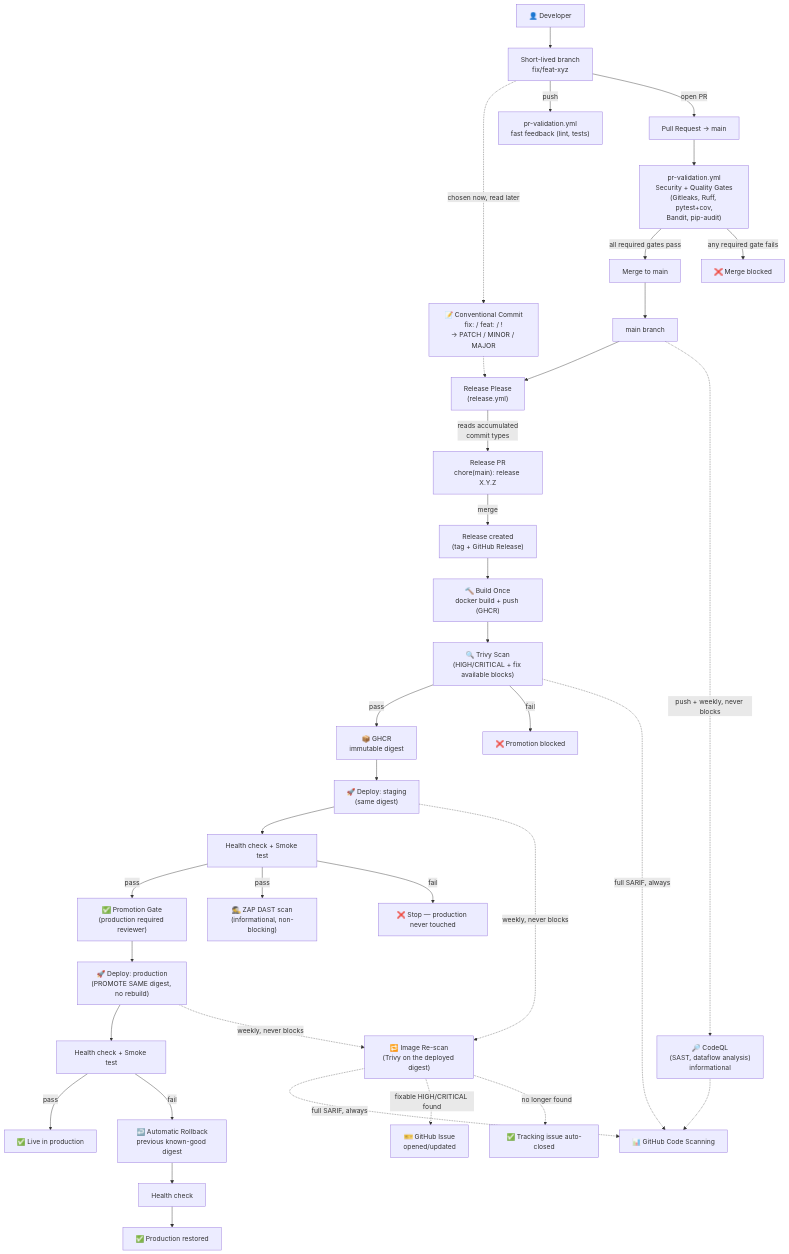
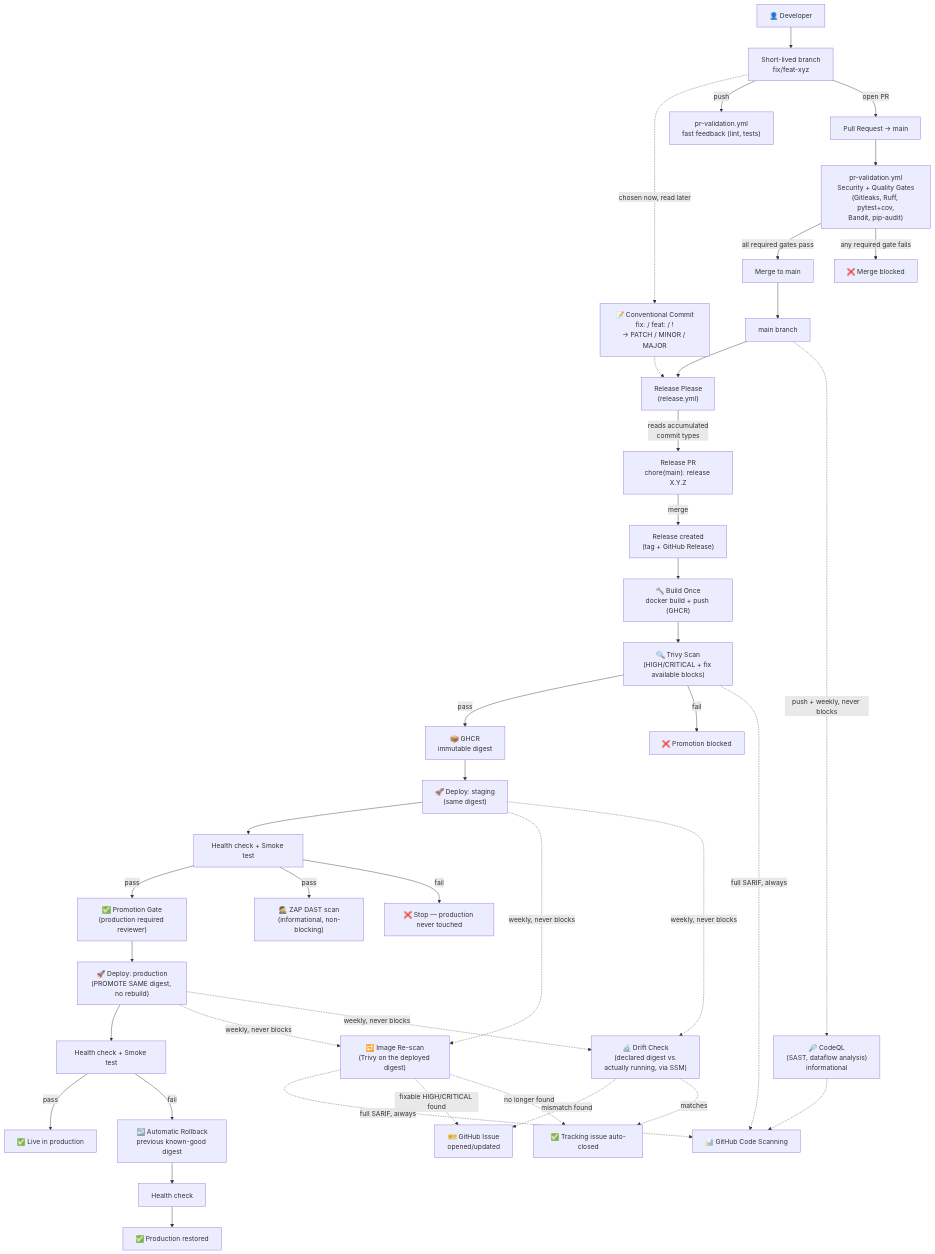
The diagram in docs/diagrams/pipeline.mmd (eazysec/cicd-devsecops-demo), drawn with Mermaid before and after one commit. The commit also changed 6 other files, not shown here.

```diff
--- a/docs/diagrams/pipeline.mmd
+++ b/docs/diagrams/pipeline.mmd
@@ -1,38 +1,43 @@
 flowchart TD
     Dev["👤 Developer"] --> Branch["Short-lived branch\nfix/feat-xyz"]
     Branch -.->|chosen now, read later| CommitType["📝 Conventional Commit\nfix: / feat: / !\n→ PATCH / MINOR / MAJOR"]
     CommitType -.-> RP
     Branch -->|push| FastFeedback["pr-validation.yml\nfast feedback (lint, tests)"]
     Branch -->|open PR| PR["Pull Request → main"]
     PR --> Gates["pr-validation.yml\nSecurity + Quality Gates\n(Gitleaks, Ruff, pytest+cov,\nBandit, pip-audit)"]
     Gates -->|all required gates pass| Merge["Merge to main"]
     Gates -->|any required gate fails| Blocked["❌ Merge blocked"]
     Merge --> Main["main branch"]
     Main --> RP["Release Please\n(release.yml)"]
     RP -->|reads accumulated\ncommit types| ReleasePR["Release PR\nchore(main): release X.Y.Z"]
     ReleasePR -->|merge| Release["Release created\n(tag + GitHub Release)"]
     Release --> BuildOnce["🔨 Build Once\ndocker build + push (GHCR)"]
     BuildOnce --> Scan["🔍 Trivy Scan\n(HIGH/CRITICAL + fix available blocks)"]
     Scan -->|pass| Registry["📦 GHCR\nimmutable digest"]
     Scan -->|fail| ScanBlocked["❌ Promotion blocked"]
     Scan -.->|full SARIF, always| CodeScanning["📊 GitHub Code Scanning"]
     Registry --> Staging["🚀 Deploy: staging\n(same digest)"]
     Staging --> VerifyStaging["Health check + Smoke test"]
     VerifyStaging -->|pass| PromotionGate["✅ Promotion Gate\n(production required reviewer)"]
     VerifyStaging -->|pass| ZAP["🕵️ ZAP DAST scan\n(informational, non-blocking)"]
     VerifyStaging -->|fail| StagingFail["❌ Stop — production never touched"]
     PromotionGate --> Production["🚀 Deploy: production\n(PROMOTE SAME digest, no rebuild)"]
     Production --> VerifyProd["Health check + Smoke test"]
     VerifyProd -->|pass| Done["✅ Live in production"]
     VerifyProd -->|fail| Rollback["↩️ Automatic Rollback\nprevious known-good digest"]
     Rollback --> RollbackVerify["Health check"]
     RollbackVerify --> Restored["✅ Production restored"]
 
     Main -.->|push + weekly, never blocks| CodeQL["🔎 CodeQL\n(SAST, dataflow analysis)\ninformational"]
     CodeQL -.-> CodeScanning
 
     Staging -.->|weekly, never blocks| Rescan["🔁 Image Re-scan\n(Trivy on the deployed digest)"]
     Production -.->|weekly, never blocks| Rescan
     Rescan -.->|full SARIF, always| CodeScanning
     Rescan -.->|fixable HIGH/CRITICAL found| Issue["🎫 GitHub Issue\nopened/updated"]
     Rescan -.->|no longer found| IssueClosed["✅ Tracking issue auto-closed"]
+
+    Staging -.->|weekly, never blocks| Drift["🔬 Drift Check\n(declared digest vs.\nactually running, via SSM)"]
+    Production -.->|weekly, never blocks| Drift
+    Drift -.->|mismatch found| Issue
+    Drift -.->|matches| IssueClosed
```
